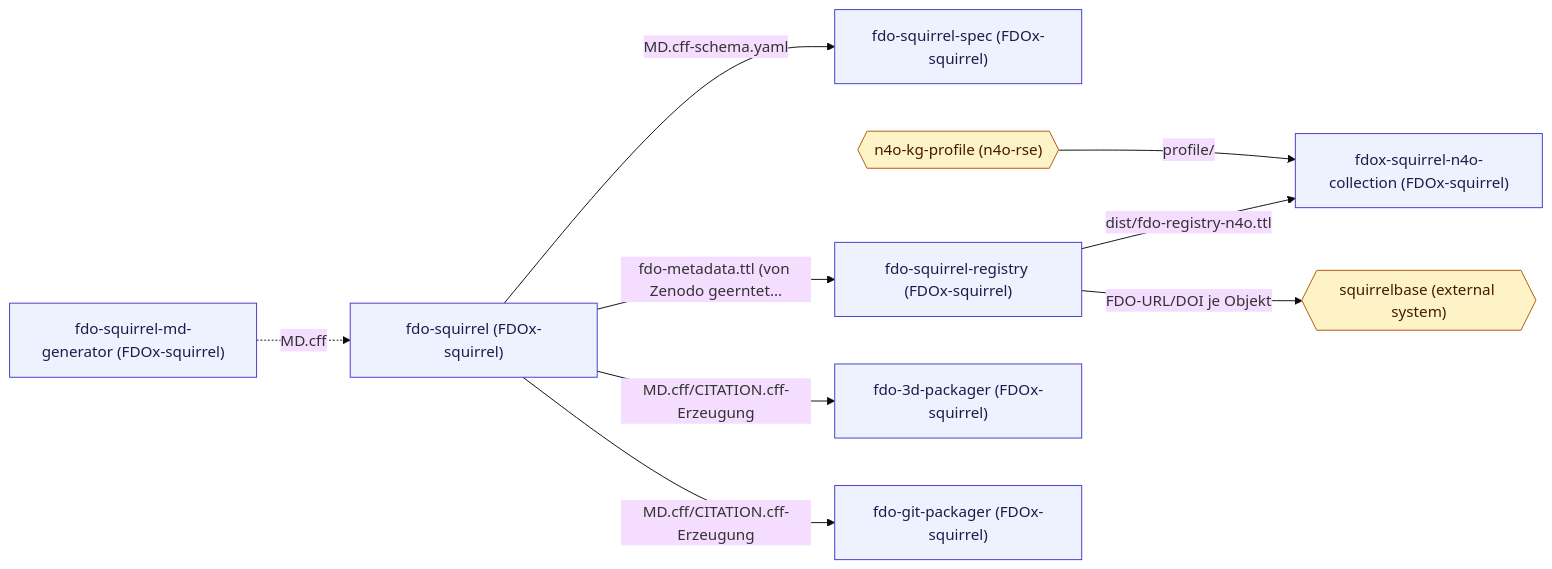
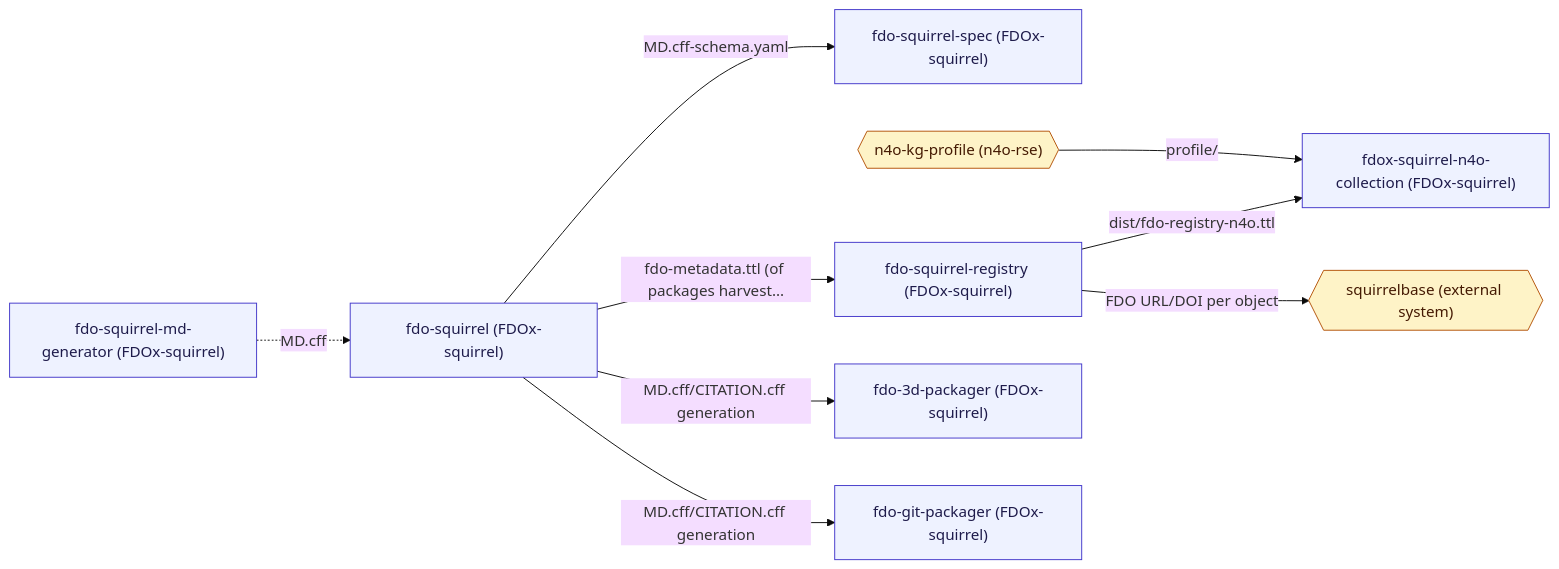
The diagram in dist/architecture.mmd (FDOx-squirrel/fdo-architecture), drawn with Mermaid (base theme) before and after one commit. The commit also changed 6 other files, not shown here.

```diff
--- a/dist/architecture.mmd
+++ b/dist/architecture.mmd
@@ -1,40 +1,40 @@
 flowchart LR
     classDef repo fill:#eef2ff,stroke:#4338ca,color:#1e1b4b;
     classDef external fill:#fef3c7,stroke:#b45309,color:#451a03;
 
     fdo_squirrel_md_generator["fdo-squirrel-md-generator (FDOx-squirrel)"]
     fdo_squirrel["fdo-squirrel (FDOx-squirrel)"]
     fdo_squirrel_spec["fdo-squirrel-spec (FDOx-squirrel)"]
     fdo_squirrel_registry["fdo-squirrel-registry (FDOx-squirrel)"]
     fdox_squirrel_n4o_collection["fdox-squirrel-n4o-collection (FDOx-squirrel)"]
     n4o_kg_profile{{"n4o-kg-profile (n4o-rse)"}}
     squirrelbase{{"squirrelbase (external system)"}}
     fdo_3d_packager["fdo-3d-packager (FDOx-squirrel)"]
     fdo_git_packager["fdo-git-packager (FDOx-squirrel)"]
 
     fdo_squirrel_md_generator -. "MD.cff" .-> fdo_squirrel
     fdo_squirrel -- "MD.cff-schema.yaml" --> fdo_squirrel_spec
-    fdo_squirrel -- "fdo-metadata.ttl (von Zenodo geerntet..." --> fdo_squirrel_registry
+    fdo_squirrel -- "fdo-metadata.ttl (of packages harvest..." --> fdo_squirrel_registry
     fdo_squirrel_registry -- "dist/fdo-registry-n4o.ttl" --> fdox_squirrel_n4o_collection
     n4o_kg_profile -- "profile/" --> fdox_squirrel_n4o_collection
-    fdo_squirrel_registry -- "FDO-URL/DOI je Objekt" --> squirrelbase
-    fdo_squirrel -- "MD.cff/CITATION.cff-Erzeugung" --> fdo_3d_packager
-    fdo_squirrel -- "MD.cff/CITATION.cff-Erzeugung" --> fdo_git_packager
+    fdo_squirrel_registry -- "FDO URL/DOI per object" --> squirrelbase
+    fdo_squirrel -- "MD.cff/CITATION.cff generation" --> fdo_3d_packager
+    fdo_squirrel -- "MD.cff/CITATION.cff generation" --> fdo_git_packager
 
     class fdo_squirrel_md_generator repo;
     click fdo_squirrel_md_generator "https://github.com/FDOx-squirrel/fdo-squirrel-md-generator" "_blank"
     class fdo_squirrel repo;
     click fdo_squirrel "https://github.com/FDOx-squirrel/fdo-squirrel" "_blank"
     class fdo_squirrel_spec repo;
     click fdo_squirrel_spec "https://github.com/FDOx-squirrel/fdo-squirrel-spec" "_blank"
     class fdo_squirrel_registry repo;
     click fdo_squirrel_registry "https://github.com/FDOx-squirrel/fdo-squirrel-registry" "_blank"
     class fdox_squirrel_n4o_collection repo;
     click fdox_squirrel_n4o_collection "https://github.com/FDOx-squirrel/fdox-squirrel-n4o-collection" "_blank"
     class n4o_kg_profile external;
     click n4o_kg_profile "https://github.com/n4o-rse/n4o-kg-profile" "_blank"
     class squirrelbase external;
     class fdo_3d_packager repo;
     click fdo_3d_packager "https://github.com/FDOx-squirrel/fdo-3d-packager" "_blank"
     class fdo_git_packager repo;
     click fdo_git_packager "https://github.com/FDOx-squirrel/fdo-git-packager" "_blank"
```
